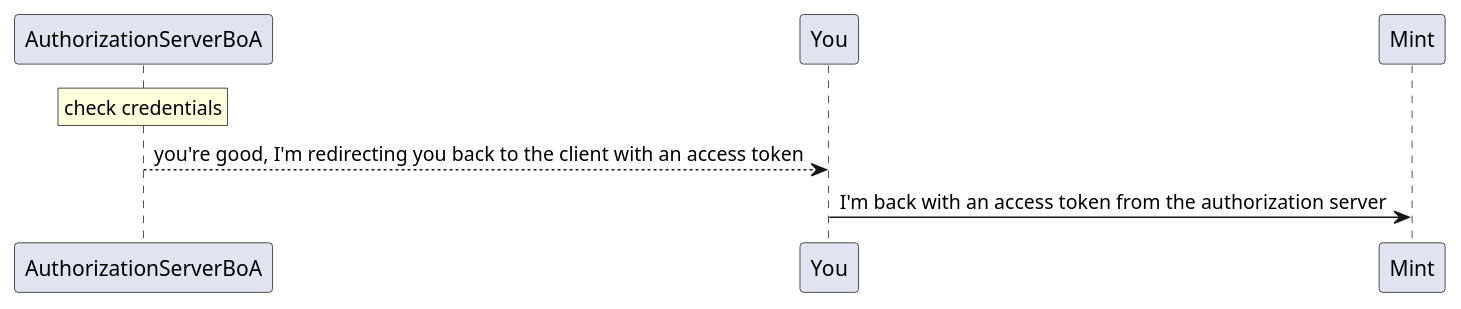
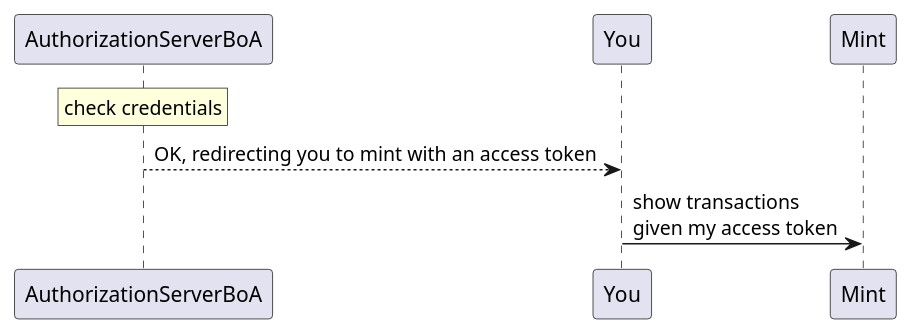
One commit to sheymans/elementsOf changed the diagram in oauth2/images/access_token_only_mint_zoom.puml. Above: the diagram before and after it, drawn with PlantUML. The commit also changed 8 other files, not shown here.

```diff
--- a/oauth2/images/access_token_only_mint_zoom.puml
+++ b/oauth2/images/access_token_only_mint_zoom.puml
@@ -1,7 +1,7 @@
 @startuml
 rnote over AuthorizationServerBoA
   check credentials
 endrnote
-AuthorizationServerBoA --> You: you're good, I'm redirecting you back to the client with an access token
-You -> Mint: I'm back with an access token from the authorization server
+AuthorizationServerBoA --> You: OK, redirecting you to mint with an access token
+You -> Mint: show transactions \ngiven my access token
 @enduml
```
